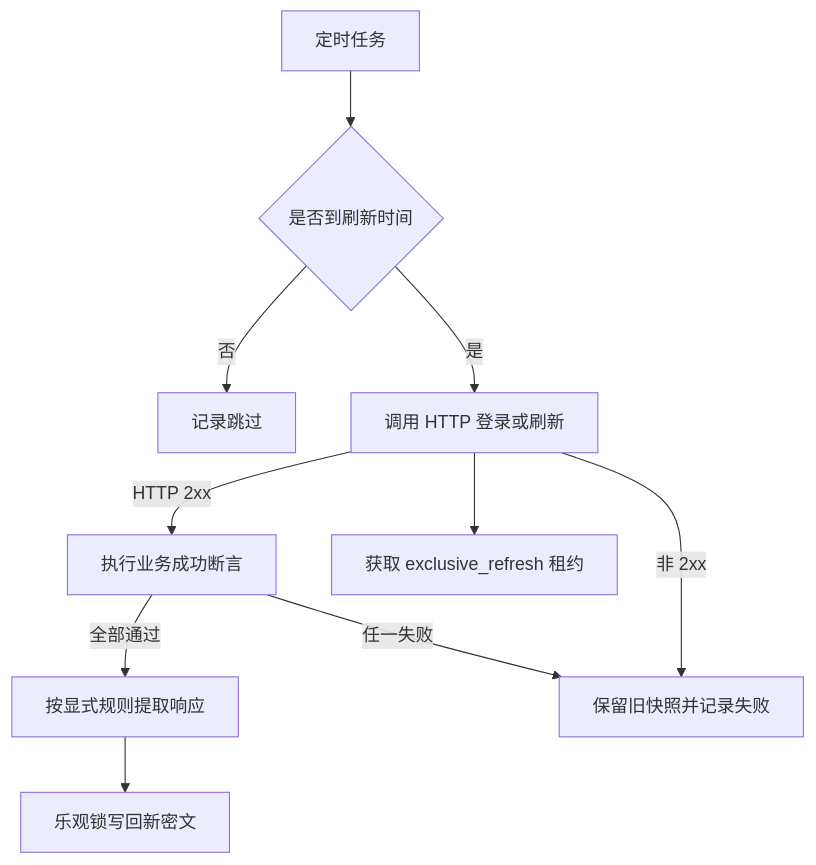
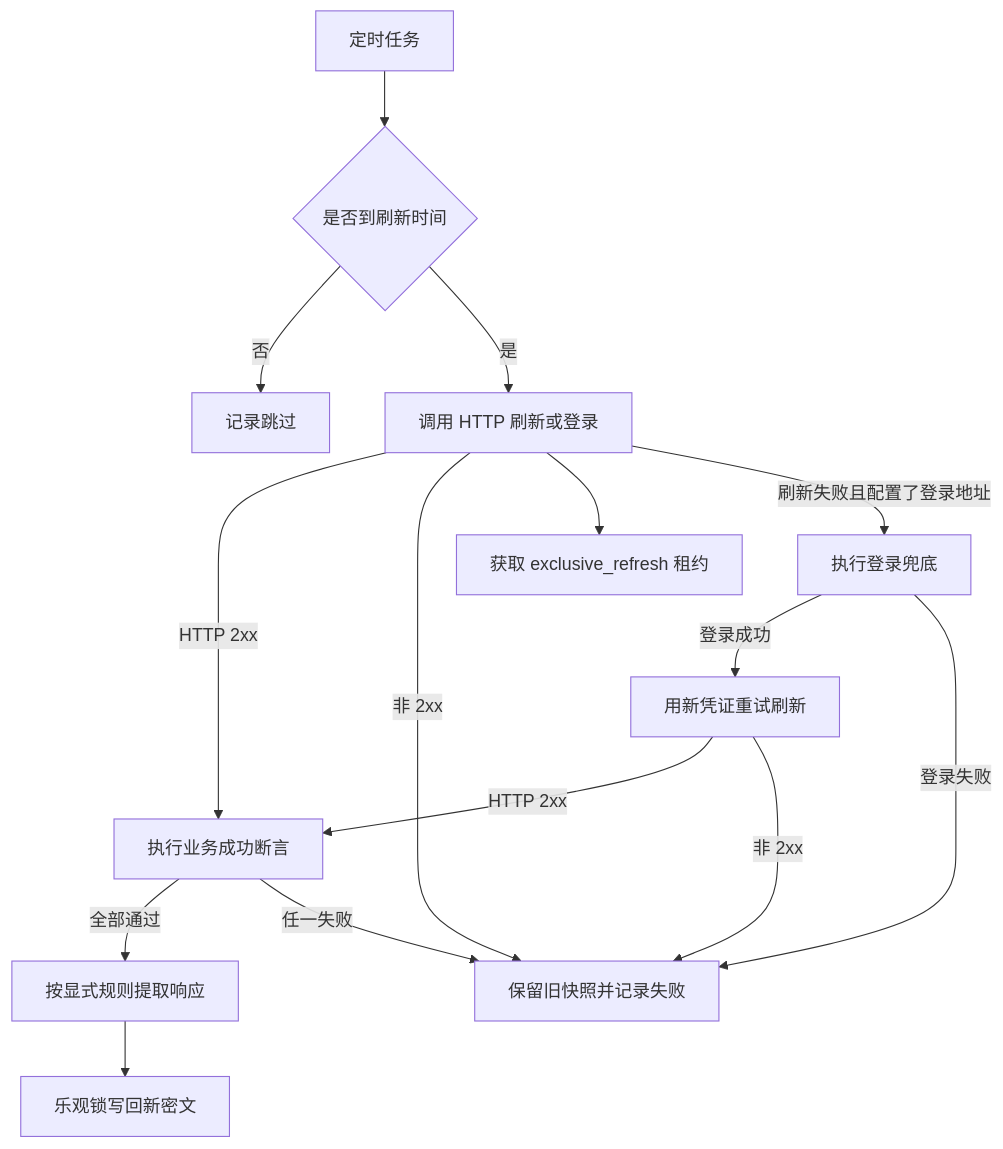
Before and after one commit to diaodeng/ApiTestPlatform: the diagram in wiki/flows/credential-refresh.md, drawn with Mermaid. The commit also changed other lines of this file and 7 other files, not shown here.

````diff
--- a/wiki/flows/credential-refresh.md
+++ b/wiki/flows/credential-refresh.md
@@ -15,12 +15,17 @@
 ```mermaid
 graph TD
   A[定时任务] --> B{是否到刷新时间}
   B -->|否| C[记录跳过]
-  B -->|是| D[调用 HTTP 登录或刷新]
+  B -->|是| D[调用 HTTP 刷新或登录]
   D -->|HTTP 2xx| E[执行业务成功断言]
   E -->|全部通过| H[按显式规则提取响应]
   H --> I[乐观锁写回新密文]
   E -->|任一失败| F[保留旧快照并记录失败]
   D -->|非 2xx| F
   D --> G[获取 exclusive_refresh 租约]
+  D -->|刷新失败且配置了登录地址| J[执行登录兜底]
+  J -->|登录成功| K[用新凭证重试刷新]
+  K -->|HTTP 2xx| E
+  K -->|非 2xx| F
+  J -->|登录失败| F
 ```
````
